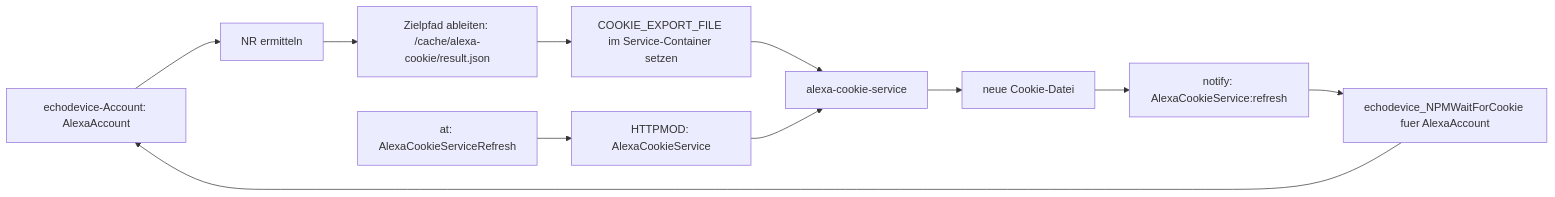
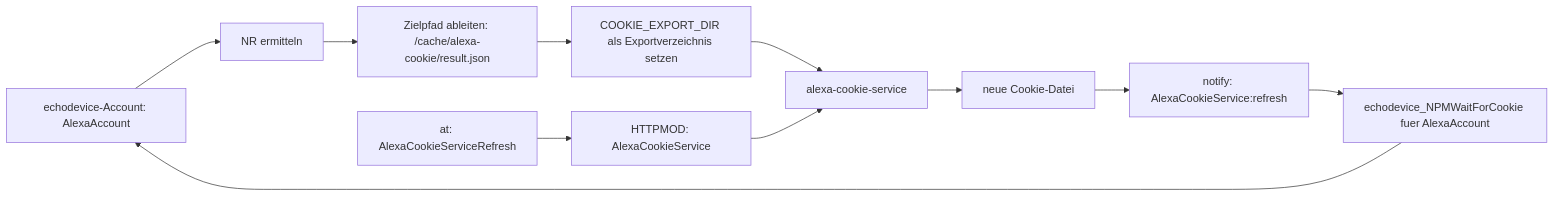
One commit to fhem/alexa-cookie-service changed the diagram in README.md. Above: the diagram before and after it, drawn with Mermaid. The commit also changed other lines of this file and 7 other files, not shown here.

Commit message:
cookie-service: align cookie export API and integrations

````diff
--- a/README.md
+++ b/README.md
@@ -403,13 +436,13 @@
 ```mermaid
 flowchart LR
   ED["echodevice-Account: AlexaAccount"] --> NR["NR ermitteln"]
   NR --> PATH["Zielpfad ableiten: <fhem_home>/cache/alexa-cookie/<NR>result.json"]
-  PATH --> ENV["COOKIE_EXPORT_FILE im Service-Container setzen"]
+  PATH --> ENV["COOKIE_EXPORT_DIR als Exportverzeichnis setzen"]
   ENV --> SVC["alexa-cookie-service"]
   HTTPMOD["HTTPMOD: AlexaCookieService"] --> SVC
   AT["at: AlexaCookieServiceRefresh"] --> HTTPMOD
   SVC --> FILE["neue Cookie-Datei"]
   FILE --> NOTIFY["notify: AlexaCookieService:refresh"]
   NOTIFY --> IMPORT["echodevice_NPMWaitForCookie fuer AlexaAccount"]
   IMPORT --> ED
 ```
````
